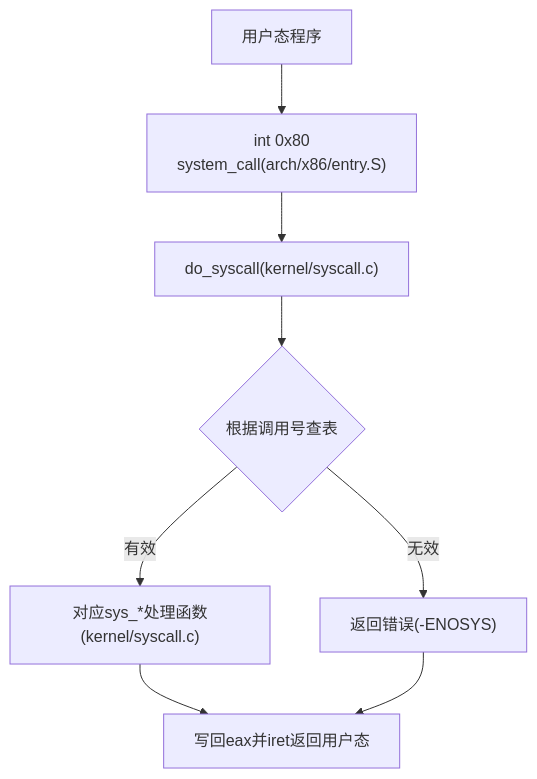
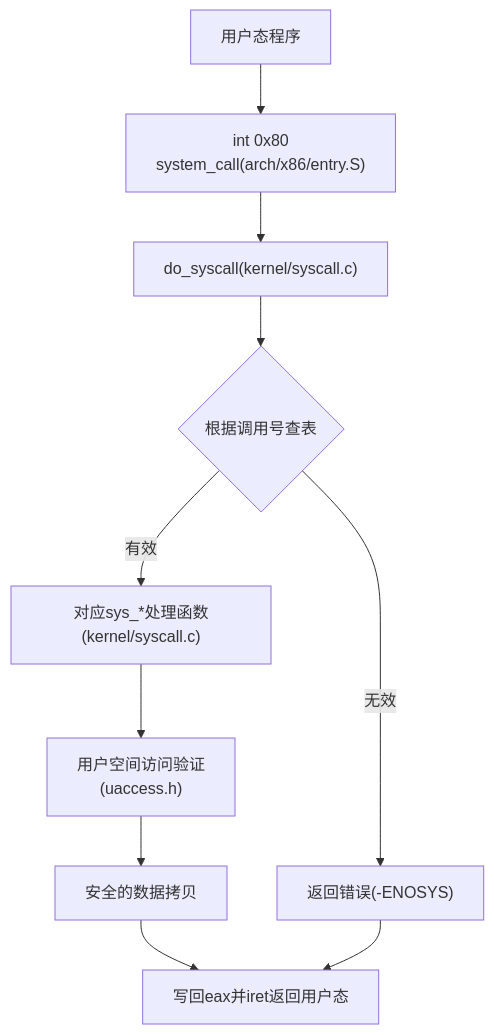
One commit to skcodestack/LulaOS changed the first of 4 diagrams in .qoder/repowiki/zh/content/系统调用接口.md. Above: the diagram before and after it, drawn with Mermaid. The commit also changed other lines of this file and 19 other files, not shown here.

````diff
--- a/.qoder/repowiki/zh/content/系统调用接口.md
+++ b/.qoder/repowiki/zh/content/系统调用接口.md
@@ -33,10 +42,12 @@
 ```mermaid
 graph TB
 A["用户态程序"] --> B["int 0x80<br/>system_call(arch/x86/entry.S)"]
 B --> C["do_syscall(kernel/syscall.c)"]
 C --> D{"根据调用号查表"}
 D --> |有效| E["对应sys_*处理函数(kernel/syscall.c)"]
 D --> |无效| F["返回错误(-ENOSYS)"]
-E --> G["写回eax并iret返回用户态"]
-F --> G
+E --> G["用户空间访问验证<br/>(uaccess.h)"]
+G --> H["安全的数据拷贝"]
+H --> I["写回eax并iret返回用户态"]
+F --> I
 ```
````
